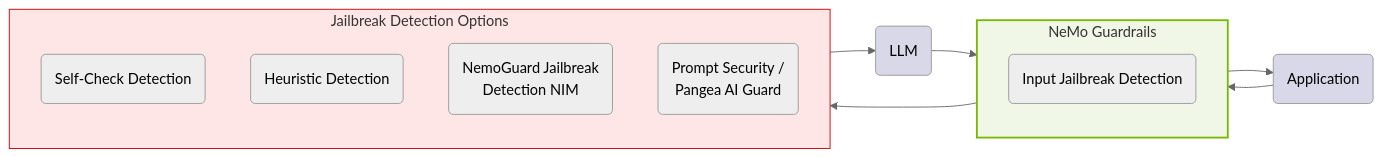
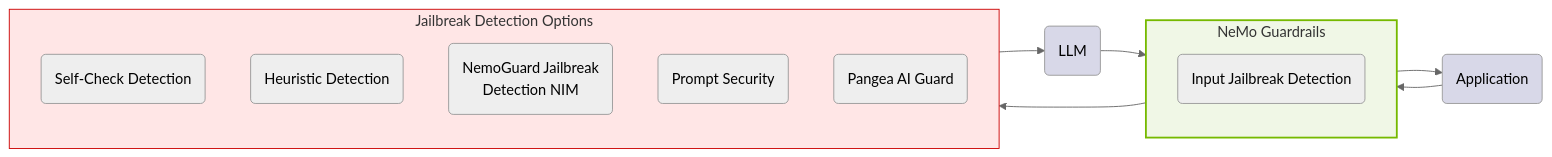
The second of 8 diagrams in docs/resources/use-case-diagrams.md (NVIDIA-NeMo/Guardrails), drawn with Mermaid before and after one commit. The commit also changed other lines of this file, not shown here.

````diff
--- a/docs/resources/use-case-diagrams.md
+++ b/docs/resources/use-case-diagrams.md
@@ -50,32 +52,33 @@
 ```{mermaid}
 %%{init: {'theme': 'neutral', 'themeVariables': { 'background': 'transparent' }}}%%
 
 flowchart LR
   A("Application")
 
   subgraph NemoGuardrails["NeMo Guardrails"]
     direction TB
     B1("Input Jailbreak Detection")
   end
 
   subgraph Jailbreak["Jailbreak Detection Options"]
     direction TB
     C1("Self-Check Detection")
     C2("Heuristic Detection")
     C3("NemoGuard Jailbreak<br/>Detection NIM")
-    C4("Prompt Security /<br/>Pangea AI Guard")
+    C4("Prompt Security")
+    C5("Pangea AI Guard")
   end
 
   D("LLM")
 
   A --> NemoGuardrails
   NemoGuardrails --> Jailbreak
   Jailbreak --> D
   D --> NemoGuardrails
   NemoGuardrails --> A
 
   style A fill:#d8d8e8,stroke:#999
   style NemoGuardrails fill:#f0f7e6,stroke:#76b900,stroke-width:2px
   style Jailbreak fill:#ffe6e6,stroke:#cc0000
   style D fill:#d8d8e8,stroke:#999
 ```
````
